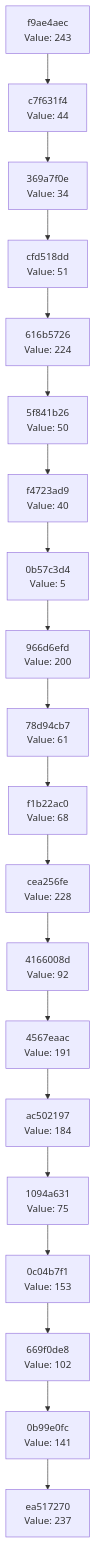
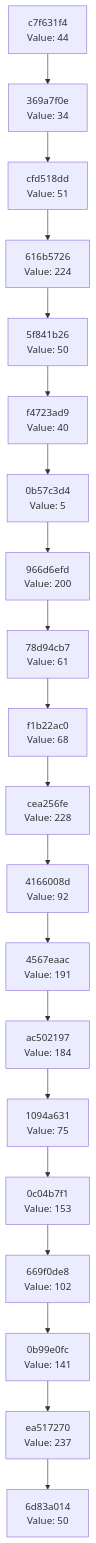
Before and after one commit to Abhisheksinha1506/hash-chain-evolver: the diagram in docs/CHAIN_VISUALIZATION.md, drawn with Mermaid. The commit also changed 3 other files, not shown here.

````diff
--- a/docs/CHAIN_VISUALIZATION.md
+++ b/docs/CHAIN_VISUALIZATION.md
@@ -3,42 +3,42 @@
 ```mermaid
 graph TD
-    C0["ea517270<br/>Value: 237"]
-    C1["0b99e0fc<br/>Value: 141"]
+    C0["6d83a014<br/>Value: 50"]
+    C1["ea517270<br/>Value: 237"]
     C1 --> C0
-    C2["669f0de8<br/>Value: 102"]
+    C2["0b99e0fc<br/>Value: 141"]
     C2 --> C1
-    C3["0c04b7f1<br/>Value: 153"]
+    C3["669f0de8<br/>Value: 102"]
     C3 --> C2
-    C4["1094a631<br/>Value: 75"]
+    C4["0c04b7f1<br/>Value: 153"]
     C4 --> C3
-    C5["ac502197<br/>Value: 184"]
+    C5["1094a631<br/>Value: 75"]
     C5 --> C4
-    C6["4567eaac<br/>Value: 191"]
+    C6["ac502197<br/>Value: 184"]
     C6 --> C5
-    C7["4166008d<br/>Value: 92"]
+    C7["4567eaac<br/>Value: 191"]
     C7 --> C6
-    C8["cea256fe<br/>Value: 228"]
+    C8["4166008d<br/>Value: 92"]
     C8 --> C7
-    C9["f1b22ac0<br/>Value: 68"]
+    C9["cea256fe<br/>Value: 228"]
     C9 --> C8
-    C10["78d94cb7<br/>Value: 61"]
+    C10["f1b22ac0<br/>Value: 68"]
     C10 --> C9
-    C11["966d6efd<br/>Value: 200"]
+    C11["78d94cb7<br/>Value: 61"]
     C11 --> C10
-    C12["0b57c3d4<br/>Value: 5"]
+    C12["966d6efd<br/>Value: 200"]
     C12 --> C11
-    C13["f4723ad9<br/>Value: 40"]
+    C13["0b57c3d4<br/>Value: 5"]
     C13 --> C12
-    C14["5f841b26<br/>Value: 50"]
+    C14["f4723ad9<br/>Value: 40"]
     C14 --> C13
-    C15["616b5726<br/>Value: 224"]
+    C15["5f841b26<br/>Value: 50"]
     C15 --> C14
-    C16["cfd518dd<br/>Value: 51"]
+    C16["616b5726<br/>Value: 224"]
     C16 --> C15
-    C17["369a7f0e<br/>Value: 34"]
+    C17["cfd518dd<br/>Value: 51"]
     C17 --> C16
-    C18["c7f631f4<br/>Value: 44"]
+    C18["369a7f0e<br/>Value: 34"]
     C18 --> C17
-    C19["f9ae4aec<br/>Value: 243"]
+    C19["c7f631f4<br/>Value: 44"]
     C19 --> C18
 ```
````
